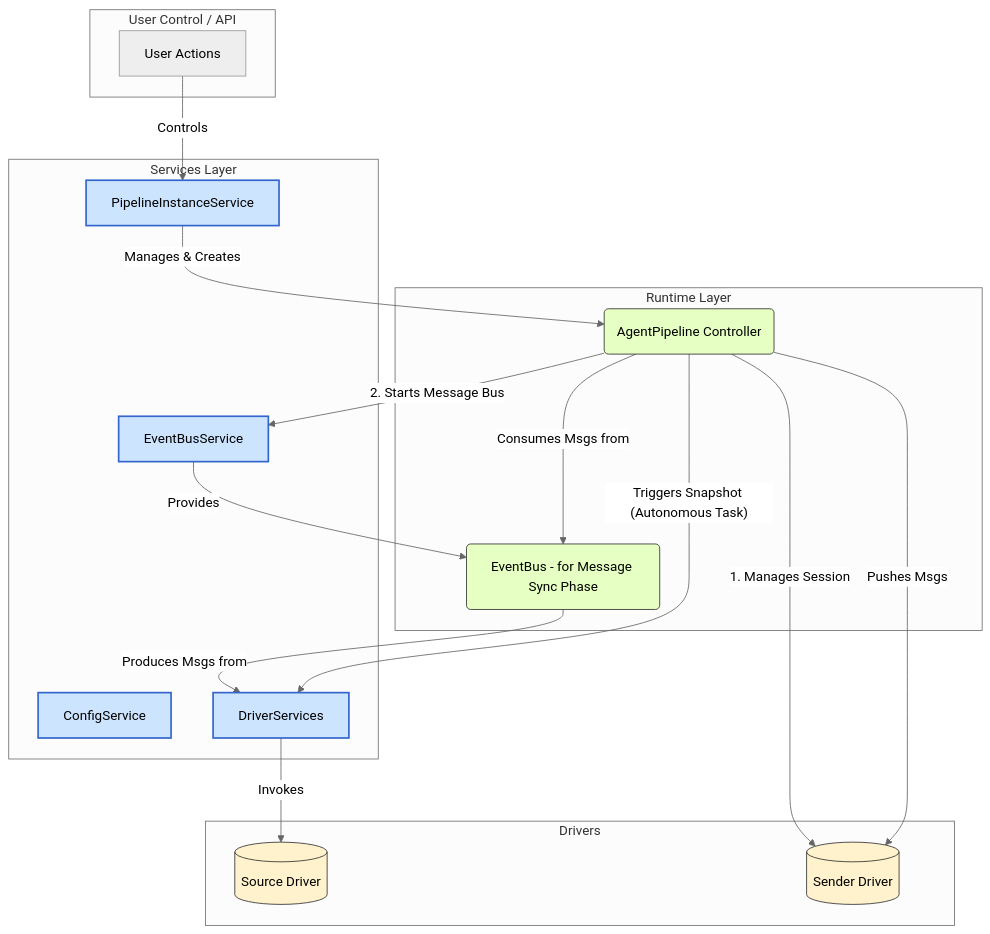
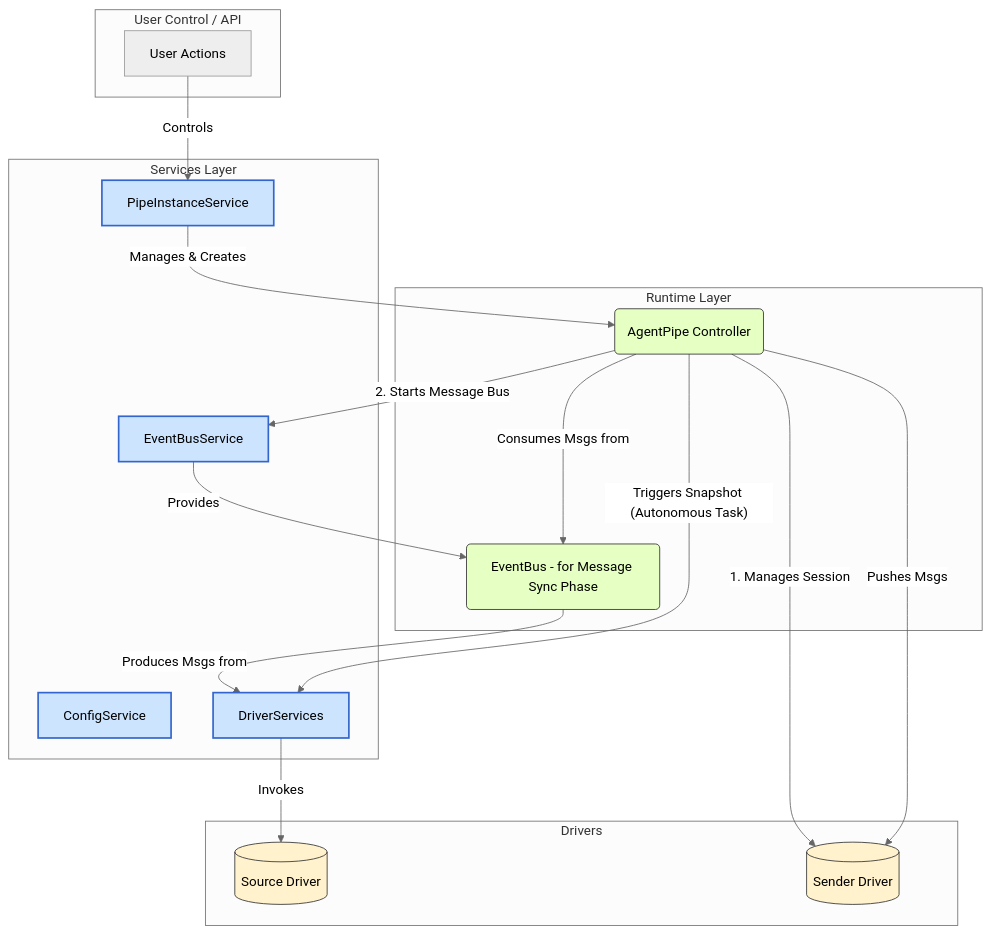
One commit to excelwang/fustor changed the second of 2 diagrams in agent/docs/architecture/core_arch.md. Above: the diagram before and after it, drawn with Mermaid (neutral theme). The commit also changed other lines of this file and 127 other files, not shown here.

Commit message:
refactor: Rename 'Pipeline' to 'Pipe' across the codebase and consolidate related configuration files.

````diff
--- a/agent/docs/architecture/core_arch.md
+++ b/agent/docs/architecture/core_arch.md
@@ -108,48 +108,48 @@
 ```mermaid
 graph TD
     subgraph User Control / API
         UC[User Actions]
     end
 
     subgraph Services Layer
-        SIS[PipelineInstanceService]
+        SIS[PipeInstanceService]
         EBS[EventBusService]
         CS[ConfigService]
         DS[DriverServices]
     end
 
     subgraph Runtime Layer
-        SI(AgentPipeline Controller)
+        SI(AgentPipe Controller)
         EB(EventBus - for Message Sync Phase)
     end
 
     subgraph Drivers
         SourceDrv[(Source Driver)]
         SenderDrv[(Sender Driver)]
     end
 
     UC -->|Controls| SIS
     SIS -- Manages & Creates --> SI
 
     %% Session and Message Flow
     SI -- "1. Manages Session" --> SenderDrv
     SI -- "2. Starts Message Bus" --> EBS
     EBS -- Provides --> EB
     EB -- "Produces Msgs from" --> DS
     DS -- Invokes --> SourceDrv
     SI -- "Consumes Msgs from" --> EB
     
     %% Main Loop
     SI -- "Pushes Msgs" --> SenderDrv
 
     %% Concurrent Snapshot (if needed)
     SI -- "Triggers Snapshot (Autonomous Task)" --> DS
     
     classDef service fill:#cde4ff,stroke:#36c,stroke-width:2px;
     classDef runtime fill:#e6ffc2,stroke:#333;
     classDef driver fill:#fff2cc,stroke:#333;
 
     class SIS,EBS,CS,DS service
     class SI,EB runtime
     class SourceDrv,SenderDrv driver
 ```
````
